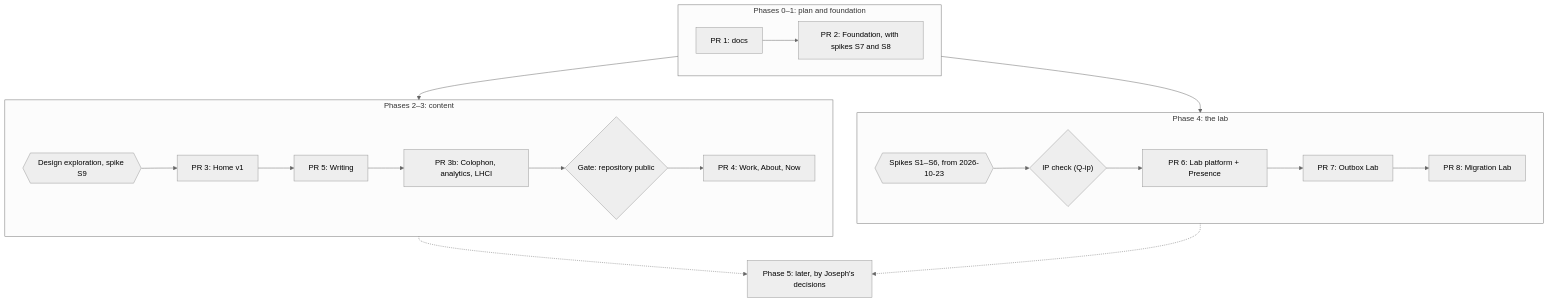
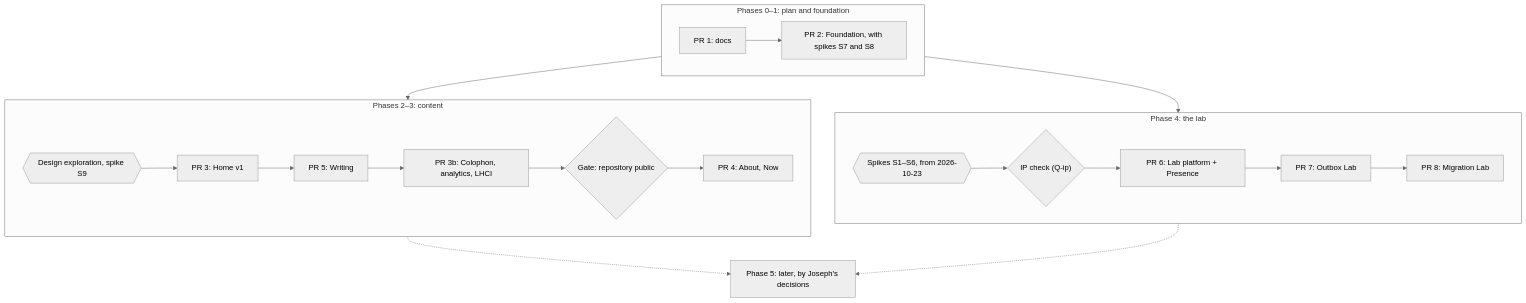
One commit to IHaveASegway/website changed the diagram in docs/roadmap.md. Above: the diagram before and after it, drawn with Mermaid (neutral theme). The commit also changed other lines of this file and 14 other files, not shown here.

````diff
--- a/docs/roadmap.md
+++ b/docs/roadmap.md
@@ -73,20 +73,20 @@
 ```mermaid
 flowchart TB
   subgraph foundation["Phases 0–1: plan and foundation"]
     direction LR
     P1["PR 1: docs"] --> P2["PR 2: Foundation, with spikes S7 and S8"]
   end
   subgraph content["Phases 2–3: content"]
     direction LR
-    DX{{"Design exploration, spike S9"}} --> P3["PR 3: Home v1"] --> P5["PR 5: Writing"] --> P3b["PR 3b: Colophon, analytics, LHCI"] --> G1{"Gate: repository public"} --> P4["PR 4: Work, About, Now"]
+    DX{{"Design exploration, spike S9"}} --> P3["PR 3: Home v1"] --> P5["PR 5: Writing"] --> P3b["PR 3b: Colophon, analytics, LHCI"] --> G1{"Gate: repository public"} --> P4["PR 4: About, Now"]
   end
   subgraph lab["Phase 4: the lab"]
     direction LR
     S16{{"Spikes S1–S6, from 2026-10-23"}} --> IP{"IP check (Q-ip)"} --> P6["PR 6: Lab platform + Presence"] --> P7["PR 7: Outbox Lab"] --> P8["PR 8: Migration Lab"]
   end
   L["Phase 5: later, by Joseph's decisions"]
   foundation --> content
   foundation --> lab
   content -.-> L
   lab -.-> L
 ```
````
